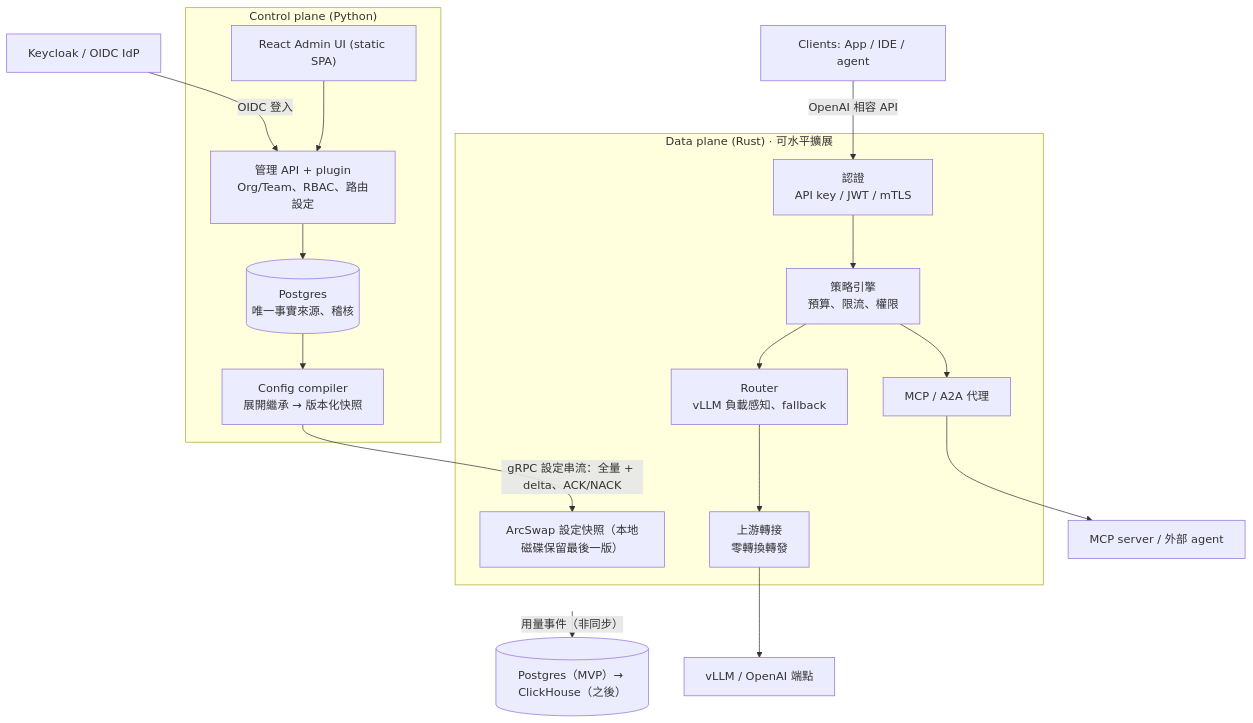
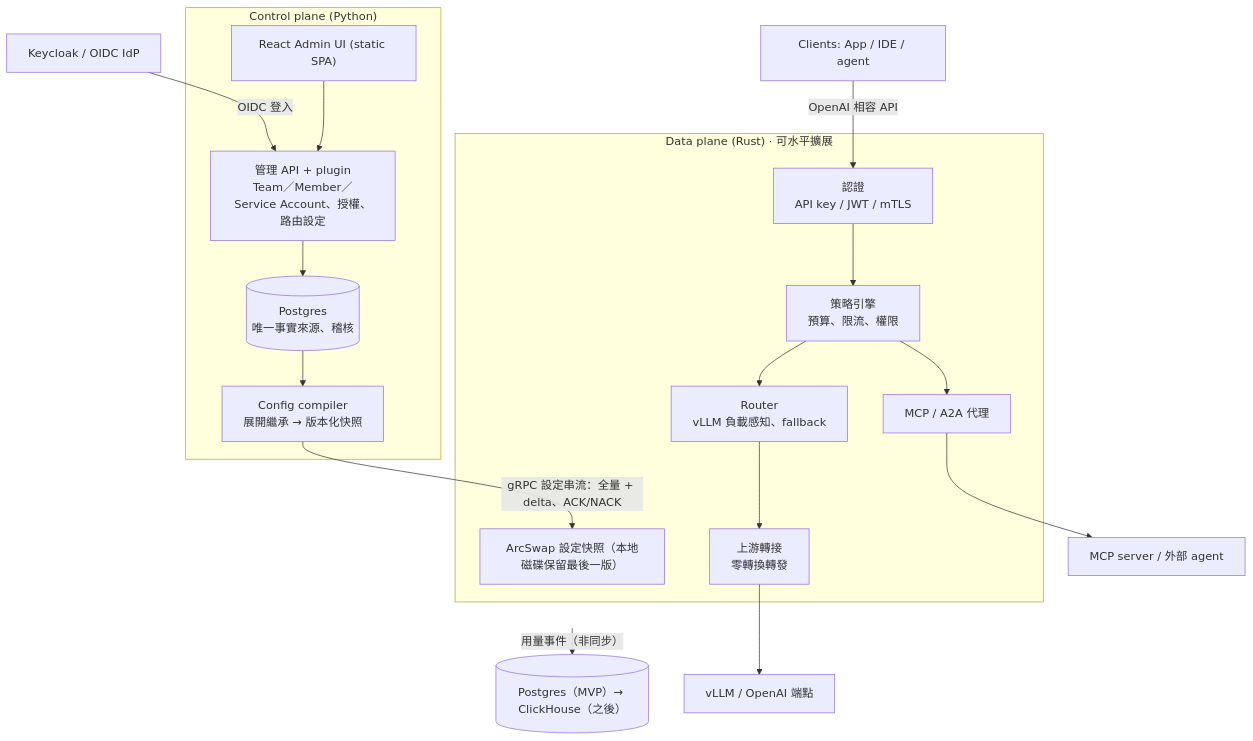
One commit to lumewarp/lumewarp changed the diagram in docs/architecture.md. Above: the diagram before and after it, drawn with Mermaid. The commit also changed other lines of this file and 2 other files, not shown here.

First line of the commit message:
docs: describe the team/member tenancy model and config protocol

````diff
--- a/docs/architecture.md
+++ b/docs/architecture.md
@@ -24,19 +24,19 @@
 ```mermaid
 flowchart TB
   IdP["Keycloak / OIDC IdP"] -->|OIDC 登入| API
   subgraph CP["Control plane (Python)"]
-    API["管理 API + plugin<br/>Org/Team、RBAC、路由設定"] --> PG[("Postgres<br/>唯一事實來源、稽核")]
+    API["管理 API + plugin<br/>Team／Member／Service Account、授權、路由設定"] --> PG[("Postgres<br/>唯一事實來源、稽核")]
     PG --> COMP["Config compiler<br/>展開繼承 → 版本化快照"]
     UI["React Admin UI (static SPA)"] --> API
   end
   COMP -->|"gRPC 設定串流：全量 + delta、ACK/NACK"| SNAP
   subgraph DP["Data plane (Rust) · 可水平擴展"]
     SNAP["ArcSwap 設定快照（本地磁碟保留最後一版）"]
     AUTH["認證<br/>API key / JWT / mTLS"] --> POL["策略引擎<br/>預算、限流、權限"] --> RT["Router<br/>vLLM 負載感知、fallback"] --> PX["上游轉接<br/>零轉換轉發"]
     POL --> MCP["MCP / A2A 代理"]
   end
   Clients["Clients: App / IDE / agent"] -->|OpenAI 相容 API| AUTH
   PX --> UP["vLLM / OpenAI 端點"]
   MCP --> UP2["MCP server / 外部 agent"]
   DP -->|用量事件（非同步）| STORE[("Postgres（MVP）→ ClickHouse（之後）")]
 ```
````
